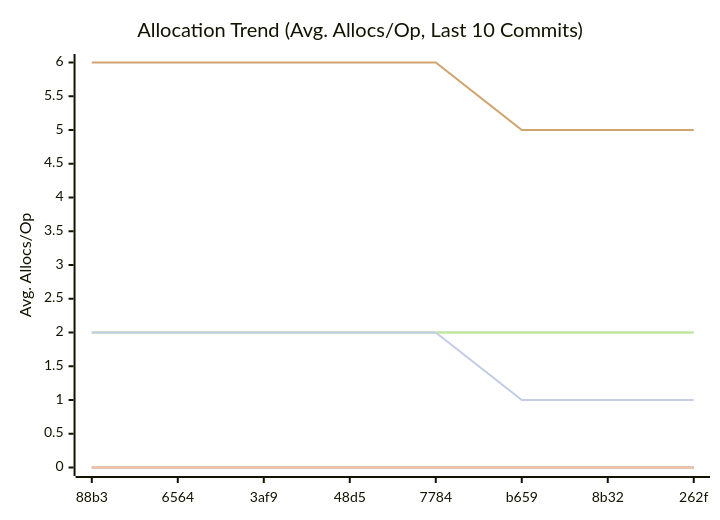
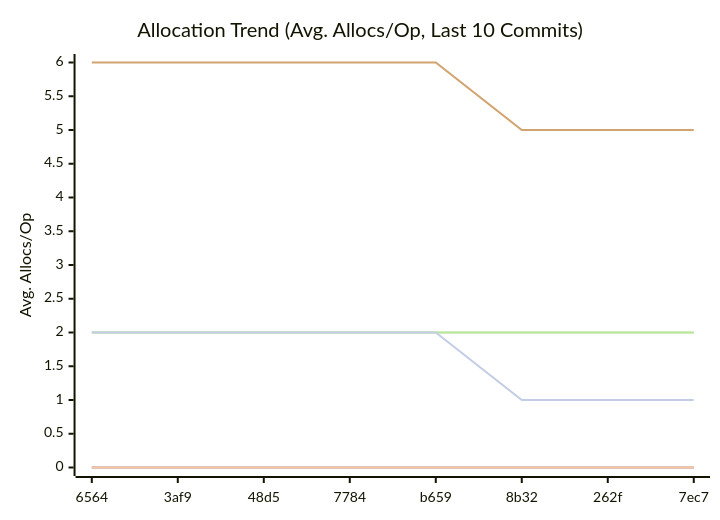
Before and after one commit to alsotoes/momo: the third of 3 diagrams in doc/README.md, drawn with Mermaid. The commit also changed other lines of this file and 1 other file, not shown here.

````diff
--- a/doc/README.md
+++ b/doc/README.md
@@ -326,14 +326,14 @@
 ```mermaid
 xychart-beta
     title "Allocation Trend (Avg. Allocs/Op, Last 10 Commits)"
     x-axis "Commit"
     y-axis "Avg. Allocs/Op"
-    x-axis [88b3,6564,3af9,48d5,7784,b659,8b32,262f]
+    x-axis [6564,3af9,48d5,7784,b659,8b32,262f,7ec7]
     line "CheckMetricsAndSwap" [0,0,0,0,0,0,0,0,0,0]
     line "IndexDirectTracking" [0,0,0,0,0,0,0,0,0,0]
     line "IndexSearch" [0,0,0,0,0,0,0,0,0,0]
     line "LoadGlobalConfig" [2,2,2,2,2,2,2,2,2,2]
     line "PadString" [2,2,2,2,2,2,2,2,2,2]
     line "ParseReplicationOrder_NoPrealloc" [6,6,6,6,6,5,5,5,5,5]
     line "ParseReplicationOrder_Prealloc" [2,2,2,2,2,1,1,1,1,1]
 ```
````
